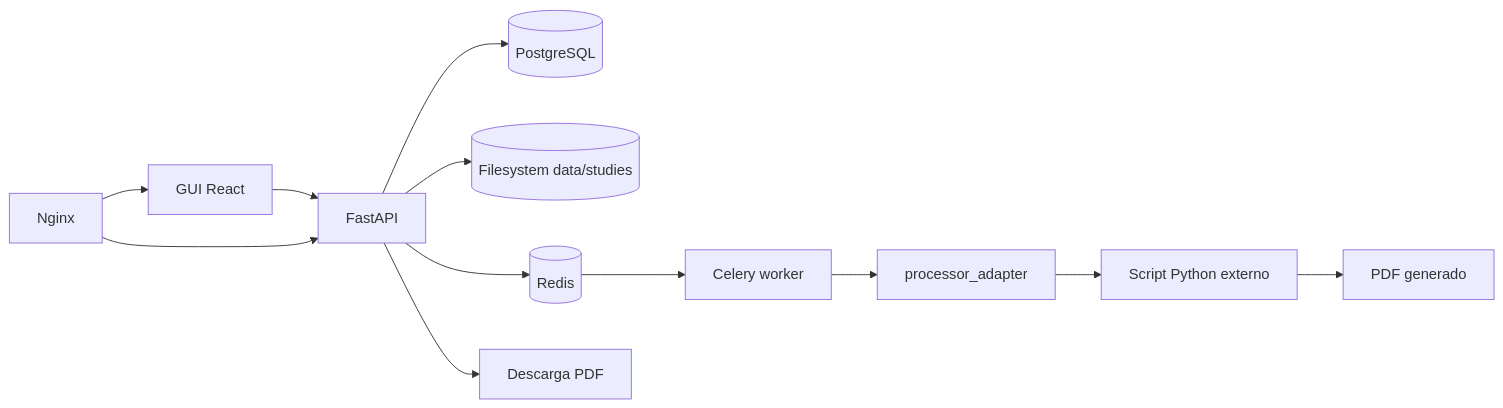
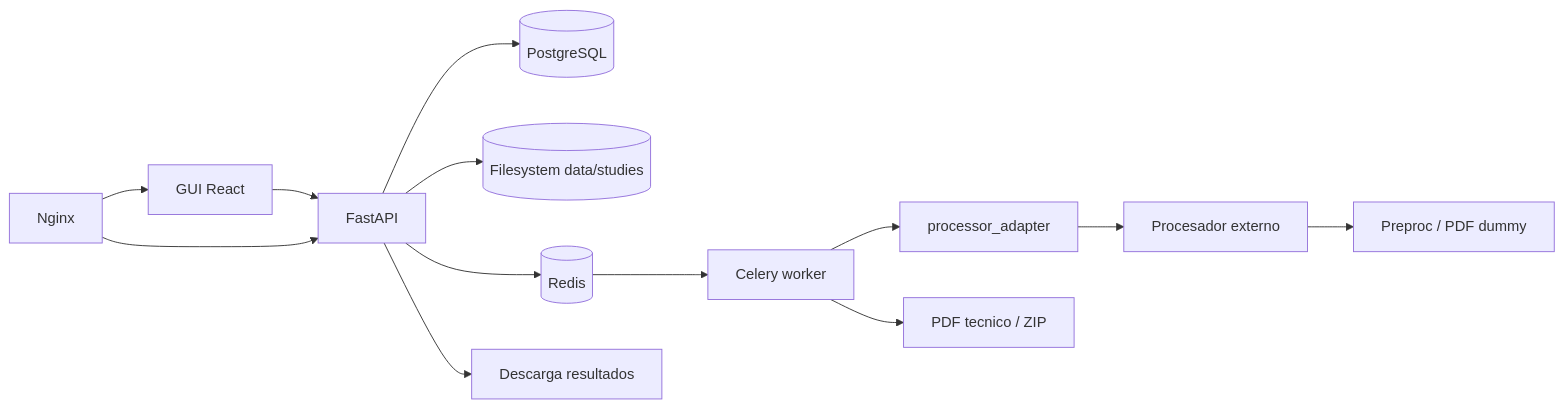
One commit to suhartx/neuroimagen-server-biocruces changed the diagram in README.md. Above: the diagram before and after it, drawn with Mermaid. The commit also changed other lines of this file and 38 other files, not shown here.

````diff
--- a/README.md
+++ b/README.md
@@ -9,14 +9,15 @@
 ```mermaid
 flowchart LR
   GUI[GUI React] --> API[FastAPI]
   API --> DB[(PostgreSQL)]
   API --> FS[(Filesystem data/studies)]
   API --> Redis[(Redis)]
   Redis --> Worker[Celery worker]
   Worker --> Adapter[processor_adapter]
-  Adapter --> CLI[Script Python externo]
-  CLI --> PDF[PDF generado]
-  API --> Download[Descarga PDF]
+  Adapter --> CLI[Procesador externo]
+  CLI --> Outputs[Preproc / PDF dummy]
+  Worker --> Artifacts[PDF tecnico / ZIP]
+  API --> Download[Descarga resultados]
   Proxy[Nginx] --> GUI
   Proxy --> API
 ```
````
